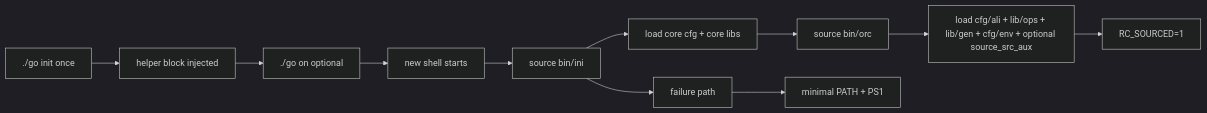
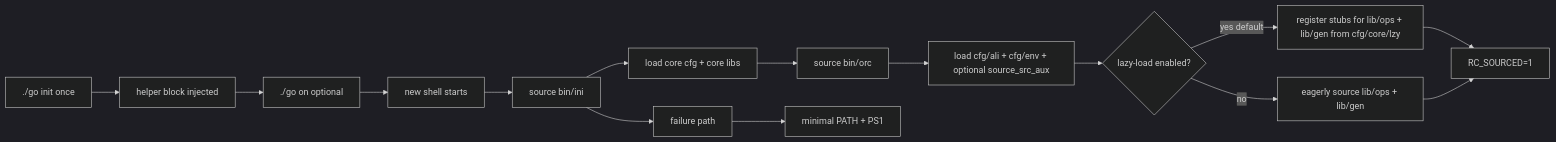
The second of 2 diagrams in doc/arc/01-bootstrap-and-orchestration.md (woeiru/lab), drawn with Mermaid (dark theme) before and after one commit. The commit also changed other lines of this file and 6 other files, not shown here.

Commit message:
docs: update architecture docs for bootstrapper performance renewal

````diff
--- a/doc/arc/01-bootstrap-and-orchestration.md
+++ b/doc/arc/01-bootstrap-and-orchestration.md
@@ -96,13 +116,17 @@
 ```mermaid
 flowchart LR
     A[./go init once] --> B[helper block injected]
     B --> C[./go on optional]
     C --> D[new shell starts]
     D --> E[source bin/ini]
     E --> F[load core cfg + core libs]
     F --> G[source bin/orc]
-    G --> H[load cfg/ali + lib/ops + lib/gen + cfg/env + optional source_src_aux]
-    H --> I[RC_SOURCED=1]
-    E --> J[failure path]
-    J --> K[minimal PATH + PS1]
+    G --> H[load cfg/ali + cfg/env + optional source_src_aux]
+    H --> I{lazy-load enabled?}
+    I -->|yes default| J[register stubs for lib/ops + lib/gen from cfg/core/lzy]
+    I -->|no| K[eagerly source lib/ops + lib/gen]
+    J --> L[RC_SOURCED=1]
+    K --> L
+    E --> M[failure path]
+    M --> N[minimal PATH + PS1]
 ```
````
